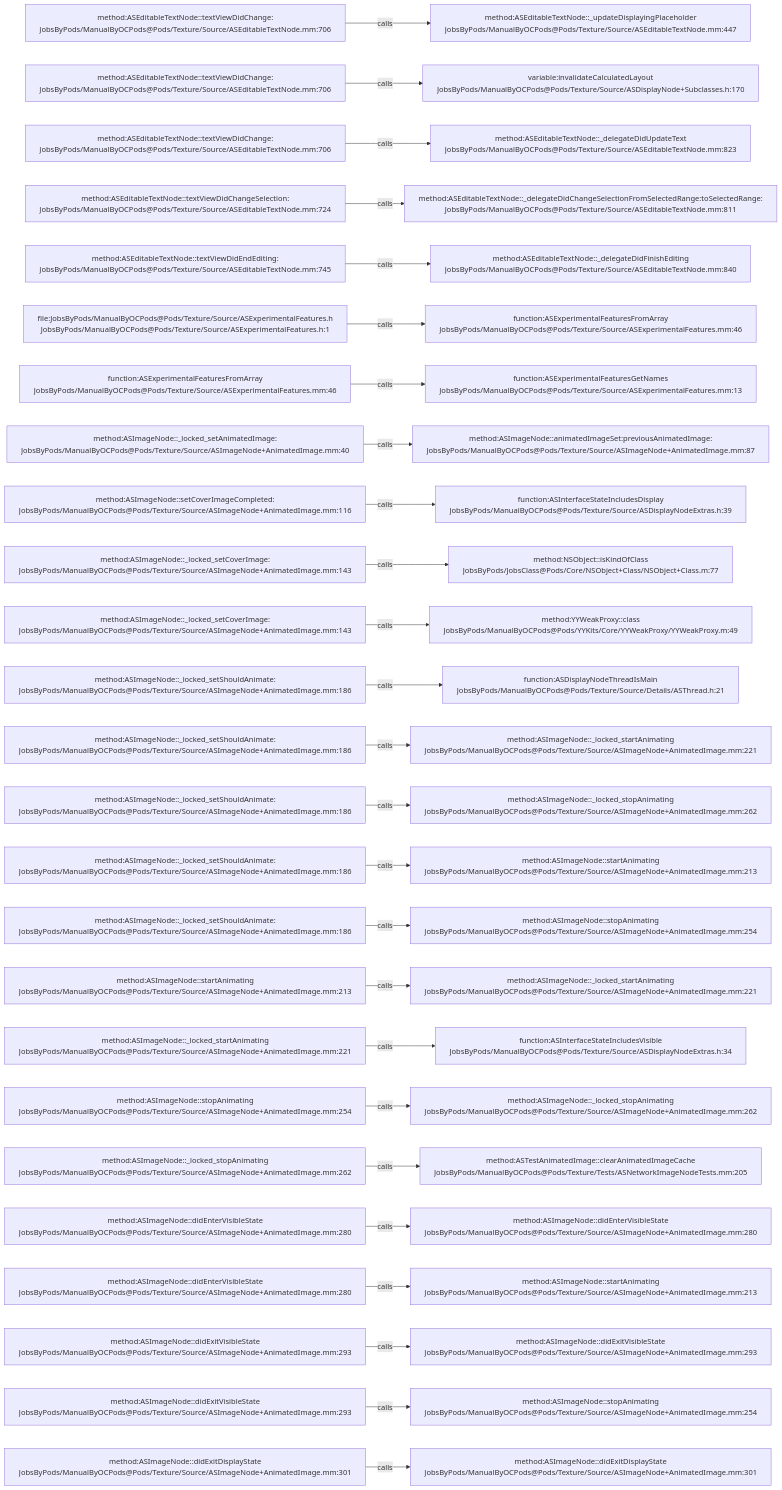
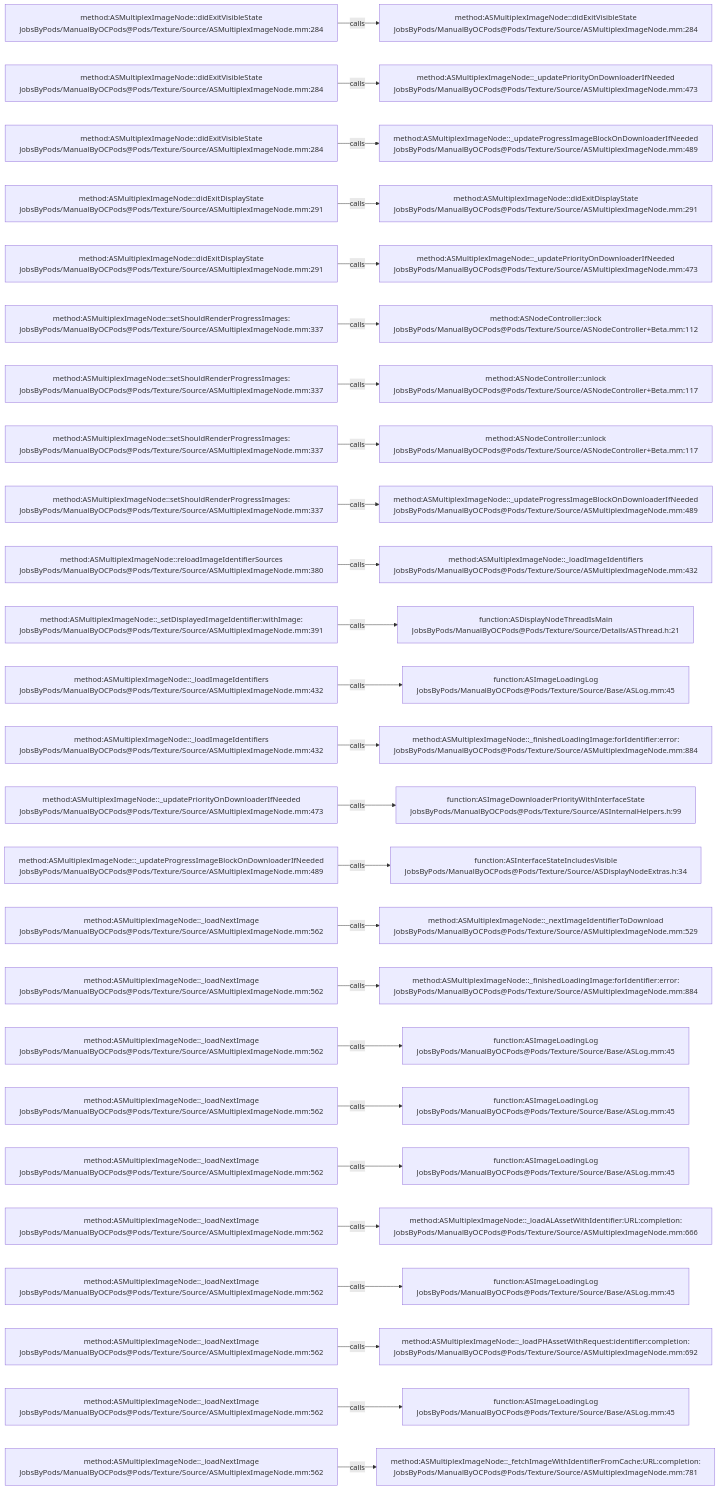
Before and after one commit to JobsKits/JobsOCBaseConfigDemo: the diagram in .codegraph/codegraph.md/graphs/calls-100.md, drawn with Mermaid. The commit also changed 2723 other files, not shown here.

````diff
--- a/.codegraph/codegraph.md/graphs/calls-100.md
+++ b/.codegraph/codegraph.md/graphs/calls-100.md
@@ -13,78 +13,78 @@
 ```mermaid
 flowchart LR
-  S1["method:ASEditableTextNode::textViewDidChange:<br/>JobsByPods/ManualByOCPods@Pods/Texture/Source/ASEditableTextNode.mm:706"]
-  T1["method:ASEditableTextNode::_updateDisplayingPlaceholder<br/>JobsByPods/ManualByOCPods@Pods/Texture/Source/ASEditableTextNode.mm:447"]
+  S1["method:ASMultiplexImageNode::didExitVisibleState<br/>JobsByPods/ManualByOCPods@Pods/Texture/Source/ASMultiplexImageNode.mm:284"]
+  T1["method:ASMultiplexImageNode::didExitVisibleState<br/>JobsByPods/ManualByOCPods@Pods/Texture/Source/ASMultiplexImageNode.mm:284"]
   S1 -->|calls| T1
-  S2["method:ASEditableTextNode::textViewDidChange:<br/>JobsByPods/ManualByOCPods@Pods/Texture/Source/ASEditableTextNode.mm:706"]
-  T2["variable:invalidateCalculatedLayout<br/>JobsByPods/ManualByOCPods@Pods/Texture/Source/ASDisplayNode+Subclasses.h:170"]
+  S2["method:ASMultiplexImageNode::didExitVisibleState<br/>JobsByPods/ManualByOCPods@Pods/Texture/Source/ASMultiplexImageNode.mm:284"]
+  T2["method:ASMultiplexImageNode::_updatePriorityOnDownloaderIfNeeded<br/>JobsByPods/ManualByOCPods@Pods/Texture/Source/ASMultiplexImageNode.mm:473"]
   S2 -->|calls| T2
-  S3["method:ASEditableTextNode::textViewDidChange:<br/>JobsByPods/ManualByOCPods@Pods/Texture/Source/ASEditableTextNode.mm:706"]
-  T3["method:ASEditableTextNode::_delegateDidUpdateText<br/>JobsByPods/ManualByOCPods@Pods/Texture/Source/ASEditableTextNode.mm:823"]
+  S3["method:ASMultiplexImageNode::didExitVisibleState<br/>JobsByPods/ManualByOCPods@Pods/Texture/Source/ASMultiplexImageNode.mm:284"]
+  T3["method:ASMultiplexImageNode::_updateProgressImageBlockOnDownloaderIfNeeded<br/>JobsByPods/ManualByOCPods@Pods/Texture/Source/ASMultiplexImageNode.mm:489"]
   S3 -->|calls| T3
-  S4["method:ASEditableTextNode::textViewDidChangeSelection:<br/>JobsByPods/ManualByOCPods@Pods/Texture/Source/ASEditableTextNode.mm:724"]
-  T4["method:ASEditableTextNode::_delegateDidChangeSelectionFromSelectedRange:toSelectedRange:<br/>JobsByPods/ManualByOCPods@Pods/Texture/Source/ASEditableTextNode.mm:811"]
+  S4["method:ASMultiplexImageNode::didExitDisplayState<br/>JobsByPods/ManualByOCPods@Pods/Texture/Source/ASMultiplexImageNode.mm:291"]
+  T4["method:ASMultiplexImageNode::didExitDisplayState<br/>JobsByPods/ManualByOCPods@Pods/Texture/Source/ASMultiplexImageNode.mm:291"]
   S4 -->|calls| T4
-  S5["method:ASEditableTextNode::textViewDidEndEditing:<br/>JobsByPods/ManualByOCPods@Pods/Texture/Source/ASEditableTextNode.mm:745"]
-  T5["method:ASEditableTextNode::_delegateDidFinishEditing<br/>JobsByPods/ManualByOCPods@Pods/Texture/Source/ASEditableTextNode.mm:840"]
+  S5["method:ASMultiplexImageNode::didExitDisplayState<br/>JobsByPods/ManualByOCPods@Pods/Texture/Source/ASMultiplexImageNode.mm:291"]
+  T5["method:ASMultiplexImageNode::_updatePriorityOnDownloaderIfNeeded<br/>JobsByPods/ManualByOCPods@Pods/Texture/Source/ASMultiplexImageNode.mm:473"]
   S5 -->|calls| T5
-  S6["file:JobsByPods/ManualByOCPods@Pods/Texture/Source/ASExperimentalFeatures.h<br/>JobsByPods/ManualByOCPods@Pods/Texture/Source/ASExperimentalFeatures.h:1"]
-  T6["function:ASExperimentalFeaturesFromArray<br/>JobsByPods/ManualByOCPods@Pods/Texture/Source/ASExperimentalFeatures.mm:46"]
+  S6["method:ASMultiplexImageNode::setShouldRenderProgressImages:<br/>JobsByPods/ManualByOCPods@Pods/Texture/Source/ASMultiplexImageNode.mm:337"]
+  T6["method:ASNodeController::lock<br/>JobsByPods/ManualByOCPods@Pods/Texture/Source/ASNodeController+Beta.mm:112"]
   S6 -->|calls| T6
-  S7["function:ASExperimentalFeaturesFromArray<br/>JobsByPods/ManualByOCPods@Pods/Texture/Source/ASExperimentalFeatures.mm:46"]
-  T7["function:ASExperimentalFeaturesGetNames<br/>JobsByPods/ManualByOCPods@Pods/Texture/Source/ASExperimentalFeatures.mm:13"]
+  S7["method:ASMultiplexImageNode::setShouldRenderProgressImages:<br/>JobsByPods/ManualByOCPods@Pods/Texture/Source/ASMultiplexImageNode.mm:337"]
+  T7["method:ASNodeController::unlock<br/>JobsByPods/ManualByOCPods@Pods/Texture/Source/ASNodeController+Beta.mm:117"]
   S7 -->|calls| T7
-  S8["method:ASImageNode::_locked_setAnimatedImage:<br/>JobsByPods/ManualByOCPods@Pods/Texture/Source/ASImageNode+AnimatedImage.mm:40"]
-  T8["method:ASImageNode::animatedImageSet:previousAnimatedImage:<br/>JobsByPods/ManualByOCPods@Pods/Texture/Source/ASImageNode+AnimatedImage.mm:87"]
+  S8["method:ASMultiplexImageNode::setShouldRenderProgressImages:<br/>JobsByPods/ManualByOCPods@Pods/Texture/Source/ASMultiplexImageNode.mm:337"]
+  T8["method:ASNodeController::unlock<br/>JobsByPods/ManualByOCPods@Pods/Texture/Source/ASNodeController+Beta.mm:117"]
   S8 -->|calls| T8
-  S9["method:ASImageNode::setCoverImageCompleted:<br/>JobsByPods/ManualByOCPods@Pods/Texture/Source/ASImageNode+AnimatedImage.mm:116"]
-  T9["function:ASInterfaceStateIncludesDisplay<br/>JobsByPods/ManualByOCPods@Pods/Texture/Source/ASDisplayNodeExtras.h:39"]
+  S9["method:ASMultiplexImageNode::setShouldRenderProgressImages:<br/>JobsByPods/ManualByOCPods@Pods/Texture/Source/ASMultiplexImageNode.mm:337"]
+  T9["method:ASMultiplexImageNode::_updateProgressImageBlockOnDownloaderIfNeeded<br/>JobsByPods/ManualByOCPods@Pods/Texture/Source/ASMultiplexImageNode.mm:489"]
   S9 -->|calls| T9
-  S10["method:ASImageNode::_locked_setCoverImage:<br/>JobsByPods/ManualByOCPods@Pods/Texture/Source/ASImageNode+AnimatedImage.mm:143"]
-  T10["method:NSObject::isKindOfClass<br/>JobsByPods/JobsClass@Pods/Core/NSObject+Class/NSObject+Class.m:77"]
+  S10["method:ASMultiplexImageNode::reloadImageIdentifierSources<br/>JobsByPods/ManualByOCPods@Pods/Texture/Source/ASMultiplexImageNode.mm:380"]
+  T10["method:ASMultiplexImageNode::_loadImageIdentifiers<br/>JobsByPods/ManualByOCPods@Pods/Texture/Source/ASMultiplexImageNode.mm:432"]
   S10 -->|calls| T10
-  S11["method:ASImageNode::_locked_setCoverImage:<br/>JobsByPods/ManualByOCPods@Pods/Texture/Source/ASImageNode+AnimatedImage.mm:143"]
-  T11["method:YYWeakProxy::class<br/>JobsByPods/ManualByOCPods@Pods/YYKits/Core/YYWeakProxy/YYWeakProxy.m:49"]
+  S11["method:ASMultiplexImageNode::_setDisplayedImageIdentifier:withImage:<br/>JobsByPods/ManualByOCPods@Pods/Texture/Source/ASMultiplexImageNode.mm:391"]
+  T11["function:ASDisplayNodeThreadIsMain<br/>JobsByPods/ManualByOCPods@Pods/Texture/Source/Details/ASThread.h:21"]
   S11 -->|calls| T11
-  S12["method:ASImageNode::_locked_setShouldAnimate:<br/>JobsByPods/ManualByOCPods@Pods/Texture/Source/ASImageNode+AnimatedImage.mm:186"]
-  T12["function:ASDisplayNodeThreadIsMain<br/>JobsByPods/ManualByOCPods@Pods/Texture/Source/Details/ASThread.h:21"]
+  S12["method:ASMultiplexImageNode::_loadImageIdentifiers<br/>JobsByPods/ManualByOCPods@Pods/Texture/Source/ASMultiplexImageNode.mm:432"]
+  T12["function:ASImageLoadingLog<br/>JobsByPods/ManualByOCPods@Pods/Texture/Source/Base/ASLog.mm:45"]
   S12 -->|calls| T12
-  S13["method:ASImageNode::_locked_setShouldAnimate:<br/>JobsByPods/ManualByOCPods@Pods/Texture/Source/ASImageNode+AnimatedImage.mm:186"]
-  T13["method:ASImageNode::_locked_startAnimating<br/>JobsByPods/ManualByOCPods@Pods/Texture/Source/ASImageNode+AnimatedImage.mm:221"]
+  S13["method:ASMultiplexImageNode::_loadImageIdentifiers<br/>JobsByPods/ManualByOCPods@Pods/Texture/Source/ASMultiplexImageNode.mm:432"]
+  T13["method:ASMultiplexImageNode::_finishedLoadingImage:forIdentifier:error:<br/>JobsByPods/ManualByOCPods@Pods/Texture/Source/ASMultiplexImageNode.mm:884"]
   S13 -->|calls| T13
-  S14["method:ASImageNode::_locked_setShouldAnimate:<br/>JobsByPods/ManualByOCPods@Pods/Texture/Source/ASImageNode+AnimatedImage.mm:186"]
-  T14["method:ASImageNode::_locked_stopAnimating<br/>JobsByPods/ManualByOCPods@Pods/Texture/Source/ASImageNode+AnimatedImage.mm:262"]
+  S14["method:ASMultiplexImageNode::_updatePriorityOnDownloaderIfNeeded<br/>JobsByPods/ManualByOCPods@Pods/Texture/Source/ASMultiplexImageNode.mm:473"]
+  T14["function:ASImageDownloaderPriorityWithInterfaceState<br/>JobsByPods/ManualByOCPods@Pods/Texture/Source/ASInternalHelpers.h:99"]
   S14 -->|calls| T14
-  S15["method:ASImageNode::_locked_setShouldAnimate:<br/>JobsByPods/ManualByOCPods@Pods/Texture/Source/ASImageNode+AnimatedImage.mm:186"]
-  T15["method:ASImageNode::startAnimating<br/>JobsByPods/ManualByOCPods@Pods/Texture/Source/ASImageNode+AnimatedImage.mm:213"]
+  S15["method:ASMultiplexImageNode::_updateProgressImageBlockOnDownloaderIfNeeded<br/>JobsByPods/ManualByOCPods@Pods/Texture/Source/ASMultiplexImageNode.mm:489"]
+  T15["function:ASInterfaceStateIncludesVisible<br/>JobsByPods/ManualByOCPods@Pods/Texture/Source/ASDisplayNodeExtras.h:34"]
   S15 -->|calls| T15
-  S16["method:ASImageNode::_locked_setShouldAnimate:<br/>JobsByPods/ManualByOCPods@Pods/Texture/Source/ASImageNode+AnimatedImage.mm:186"]
-  T16["method:ASImageNode::stopAnimating<br/>JobsByPods/ManualByOCPods@Pods/Texture/Source/ASImageNode+AnimatedImage.mm:254"]
+  S16["method:ASMultiplexImageNode::_loadNextImage<br/>JobsByPods/ManualByOCPods@Pods/Texture/Source/ASMultiplexImageNode.mm:562"]
+  T16["method:ASMultiplexImageNode::_nextImageIdentifierToDownload<br/>JobsByPods/ManualByOCPods@Pods/Texture/Source/ASMultiplexImageNode.mm:529"]
   S16 -->|calls| T16
-  S17["method:ASImageNode::startAnimating<br/>JobsByPods/ManualByOCPods@Pods/Texture/Source/ASImageNode+AnimatedImage.mm:213"]
-  T17["method:ASImageNode::_locked_startAnimating<br/>JobsByPods/ManualByOCPods@Pods/Texture/Source/ASImageNode+AnimatedImage.mm:221"]
+  S17["method:ASMultiplexImageNode::_loadNextImage<br/>JobsByPods/ManualByOCPods@Pods/Texture/Source/ASMultiplexImageNode.mm:562"]
+  T17["method:ASMultiplexImageNode::_finishedLoadingImage:forIdentifier:error:<br/>JobsByPods/ManualByOCPods@Pods/Texture/Source/ASMultiplexImageNode.mm:884"]
   S17 -->|calls| T17
-  S18["method:ASImageNode::_locked_startAnimating<br/>JobsByPods/ManualByOCPods@Pods/Texture/Source/ASImageNode+AnimatedImage.mm:221"]
-  T18["function:ASInterfaceStateIncludesVisible<br/>JobsByPods/ManualByOCPods@Pods/Texture/Source/ASDisplayNodeExtras.h:34"]
+  S18["method:ASMultiplexImageNode::_loadNextImage<br/>JobsByPods/ManualByOCPods@Pods/Texture/Source/ASMultiplexImageNode.mm:562"]
+  T18["function:ASImageLoadingLog<br/>JobsByPods/ManualByOCPods@Pods/Texture/Source/Base/ASLog.mm:45"]
   S18 -->|calls| T18
-  S19["method:ASImageNode::stopAnimating<br/>JobsByPods/ManualByOCPods@Pods/Texture/Source/ASImageNode+AnimatedImage.mm:254"]
-  T19["method:ASImageNode::_locked_stopAnimating<br/>JobsByPods/ManualByOCPods@Pods/Texture/Source/ASImageNode+AnimatedImage.mm:262"]
+  S19["method:ASMultiplexImageNode::_loadNextImage<br/>JobsByPods/ManualByOCPods@Pods/Texture/Source/ASMultiplexImageNode.mm:562"]
+  T19["function:ASImageLoadingLog<br/>JobsByPods/ManualByOCPods@Pods/Texture/Source/Base/ASLog.mm:45"]
   S19 -->|calls| T19
-  S20["method:ASImageNode::_locked_stopAnimating<br/>JobsByPods/ManualByOCPods@Pods/Texture/Source/ASImageNode+AnimatedImage.mm:262"]
-  T20["method:ASTestAnimatedImage::clearAnimatedImageCache<br/>JobsByPods/ManualByOCPods@Pods/Texture/Tests/ASNetworkImageNodeTests.mm:205"]
+  S20["method:ASMultiplexImageNode::_loadNextImage<br/>JobsByPods/ManualByOCPods@Pods/Texture/Source/ASMultiplexImageNode.mm:562"]
+  T20["function:ASImageLoadingLog<br/>JobsByPods/ManualByOCPods@Pods/Texture/Source/Base/ASLog.mm:45"]
   S20 -->|calls| T20
-  S21["method:ASImageNode::didEnterVisibleState<br/>JobsByPods/ManualByOCPods@Pods/Texture/Source/ASImageNode+AnimatedImage.mm:280"]
-  T21["method:ASImageNode::didEnterVisibleState<br/>JobsByPods/ManualByOCPods@Pods/Texture/Source/ASImageNode+AnimatedImage.mm:280"]
+  S21["method:ASMultiplexImageNode::_loadNextImage<br/>JobsByPods/ManualByOCPods@Pods/Texture/Source/ASMultiplexImageNode.mm:562"]
+  T21["method:ASMultiplexImageNode::_loadALAssetWithIdentifier:URL:completion:<br/>JobsByPods/ManualByOCPods@Pods/Texture/Source/ASMultiplexImageNode.mm:666"]
   S21 -->|calls| T21
-  S22["method:ASImageNode::didEnterVisibleState<br/>JobsByPods/ManualByOCPods@Pods/Texture/Source/ASImageNode+AnimatedImage.mm:280"]
-  T22["method:ASImageNode::startAnimating<br/>JobsByPods/ManualByOCPods@Pods/Texture/Source/ASImageNode+AnimatedImage.mm:213"]
+  S22["method:ASMultiplexImageNode::_loadNextImage<br/>JobsByPods/ManualByOCPods@Pods/Texture/Source/ASMultiplexImageNode.mm:562"]
+  T22["function:ASImageLoadingLog<br/>JobsByPods/ManualByOCPods@Pods/Texture/Source/Base/ASLog.mm:45"]
   S22 -->|calls| T22
-  S23["method:ASImageNode::didExitVisibleState<br/>JobsByPods/ManualByOCPods@Pods/Texture/Source/ASImageNode+AnimatedImage.mm:293"]
-  T23["method:ASImageNode::didExitVisibleState<br/>JobsByPods/ManualByOCPods@Pods/Texture/Source/ASImageNode+AnimatedImage.mm:293"]
+  S23["method:ASMultiplexImageNode::_loadNextImage<br/>JobsByPods/ManualByOCPods@Pods/Texture/Source/ASMultiplexImageNode.mm:562"]
+  T23["method:ASMultiplexImageNode::_loadPHAssetWithRequest:identifier:completion:<br/>JobsByPods/ManualByOCPods@Pods/Texture/Source/ASMultiplexImageNode.mm:692"]
   S23 -->|calls| T23
-  S24["method:ASImageNode::didExitVisibleState<br/>JobsByPods/ManualByOCPods@Pods/Texture/Source/ASImageNode+AnimatedImage.mm:293"]
-  T24["method:ASImageNode::stopAnimating<br/>JobsByPods/ManualByOCPods@Pods/Texture/Source/ASImageNode+AnimatedImage.mm:254"]
+  S24["method:ASMultiplexImageNode::_loadNextImage<br/>JobsByPods/ManualByOCPods@Pods/Texture/Source/ASMultiplexImageNode.mm:562"]
+  T24["function:ASImageLoadingLog<br/>JobsByPods/ManualByOCPods@Pods/Texture/Source/Base/ASLog.mm:45"]
   S24 -->|calls| T24
-  S25["method:ASImageNode::didExitDisplayState<br/>JobsByPods/ManualByOCPods@Pods/Texture/Source/ASImageNode+AnimatedImage.mm:301"]
-  T25["method:ASImageNode::didExitDisplayState<br/>JobsByPods/ManualByOCPods@Pods/Texture/Source/ASImageNode+AnimatedImage.mm:301"]
+  S25["method:ASMultiplexImageNode::_loadNextImage<br/>JobsByPods/ManualByOCPods@Pods/Texture/Source/ASMultiplexImageNode.mm:562"]
+  T25["method:ASMultiplexImageNode::_fetchImageWithIdentifierFromCache:URL:completion:<br/>JobsByPods/ManualByOCPods@Pods/Texture/Source/ASMultiplexImageNode.mm:781"]
   S25 -->|calls| T25
 ```
````
